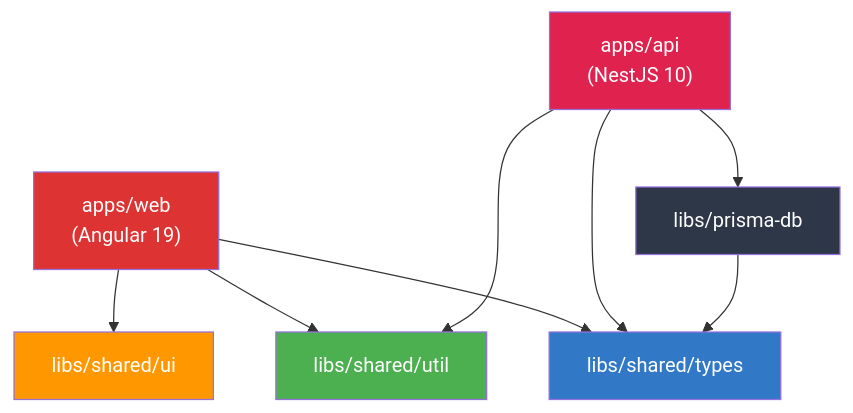
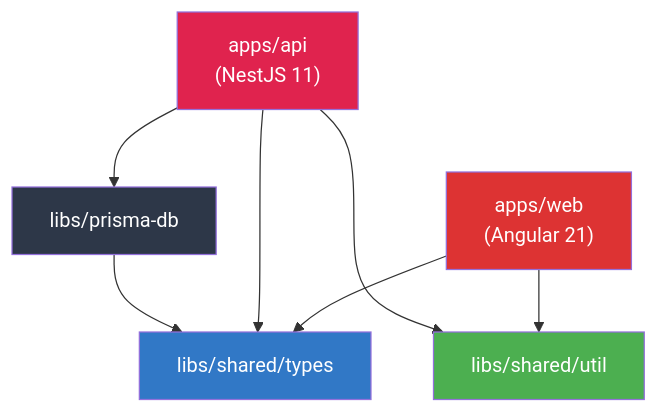
One commit to garchomp-game/nx-angular-nestjs-doc changed the first of 2 diagrams in src/content/docs/architecture/nx-workspace.md. Above: the diagram before and after it, drawn with Mermaid. The commit also changed other lines of this file and 29 other files, not shown here.

````diff
--- a/src/content/docs/architecture/nx-workspace.md
+++ b/src/content/docs/architecture/nx-workspace.md
@@ -100,24 +109,21 @@
 ```mermaid
 graph TD
-    WEB["apps/web<br/>(Angular 19)"]
-    API["apps/api<br/>(NestJS 10)"]
+    WEB["apps/web<br/>(Angular 21)"]
+    API["apps/api<br/>(NestJS 11)"]
     TYPES["libs/shared/types"]
     UTIL["libs/shared/util"]
-    UI["libs/shared/ui"]
     PRISMA["libs/prisma-db"]
 
     WEB --> TYPES
     WEB --> UTIL
-    WEB --> UI
     API --> TYPES
     API --> UTIL
     API --> PRISMA
     PRISMA --> TYPES
 
     style WEB fill:#dd3333,color:#fff
     style API fill:#e0234e,color:#fff
     style TYPES fill:#3178c6,color:#fff
     style UTIL fill:#4caf50,color:#fff
-    style UI fill:#ff9800,color:#fff
     style PRISMA fill:#2d3748,color:#fff
 ```
````
